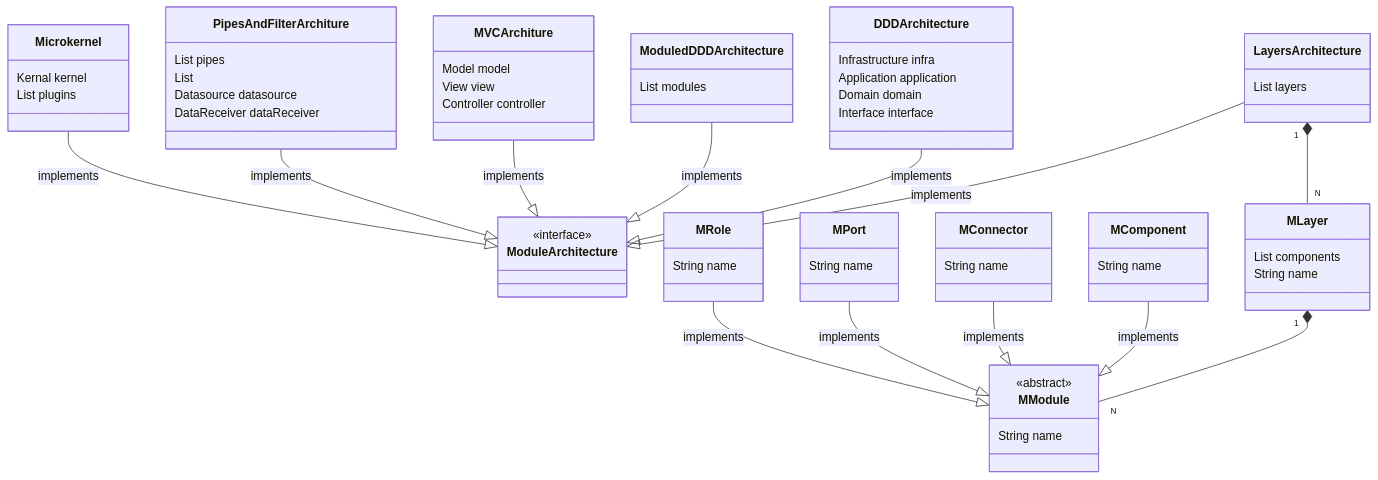
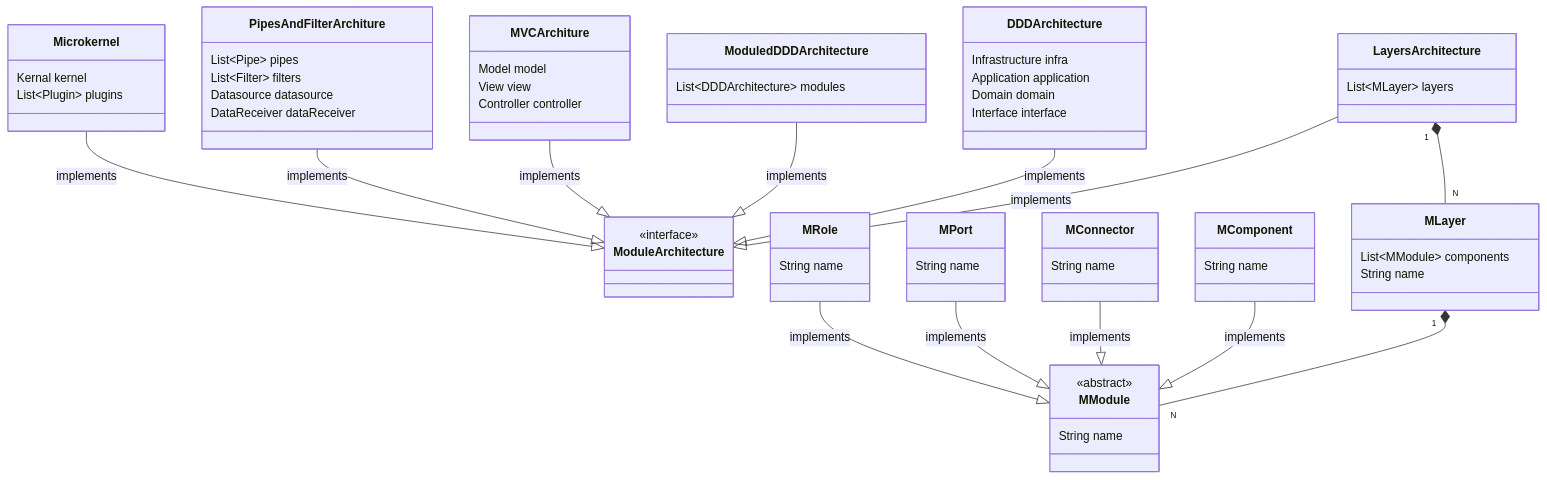
The fourth of 4 diagrams in architecture/ArchitectureView.md (archguard/archguard-wiki), drawn with Mermaid before and after one commit. The commit also changed other lines of this file and 1 other file, not shown here.

Commit message:
fix mermaid issue

````diff
--- a/architecture/ArchitectureView.md
+++ b/architecture/ArchitectureView.md
@@ -185,84 +185,84 @@
 ```mermaid
 classDiagram
 class ModuleArchitecture {
 	<<interface>>
 }
 
 class LayersArchitecture {
-	List<MLayer> layers
+	List~MLayer~ layers
 }
 
 LayersArchitecture --|> ModuleArchitecture :implements
 
 class DDDArchitecture {
 	Infrastructure infra
 	Application application
 	Domain domain
 	Interface interface
 }
 
 DDDArchitecture --|> ModuleArchitecture :implements
 
 class ModuledDDDArchitecture {
-	List<DDDArchitecture> modules
+	List~DDDArchitecture~ modules
 }
 
 ModuledDDDArchitecture --|> ModuleArchitecture :implements
 
 class MVCArchiture {
 	Model model
 	View view
 	Controller controller
 }
 
 MVCArchiture --|> ModuleArchitecture :implements
 
 class PipesAndFilterArchiture {
-	List<Pipe> pipes
-	List<Filter> filters
+	List~Pipe~ pipes
+	List~Filter~ filters
 	Datasource datasource
 	DataReceiver dataReceiver
 }
 
 PipesAndFilterArchiture --|> ModuleArchitecture :implements
 
 class MLayer {
-	List<MModule> components
+	List~MModule~ components
 	String name
 }
 
 LayersArchitecture "1" *-- "N" MLayer
 MLayer "1" *--  "N" MModule
 
 class Microkernel {
 	Kernal kernel
-	List<Plugin> plugins
+	List~Plugin~ plugins
 }
 
 Microkernel --|> ModuleArchitecture :implements 
 
 class MModule{
     <<abstract>>
  	String name
 }
 
 class MComponent {
 	String name
 }
 class MConnector {
 	String name
 }
 class MPort {
 	String name
 }
 class MRole {
 	String name
 }
 
 MComponent --|> MModule :implements
 MConnector --|> MModule :implements
 MPort --|> MModule :implements
 MRole --|> MModule :implements
 
 
 ```
````
